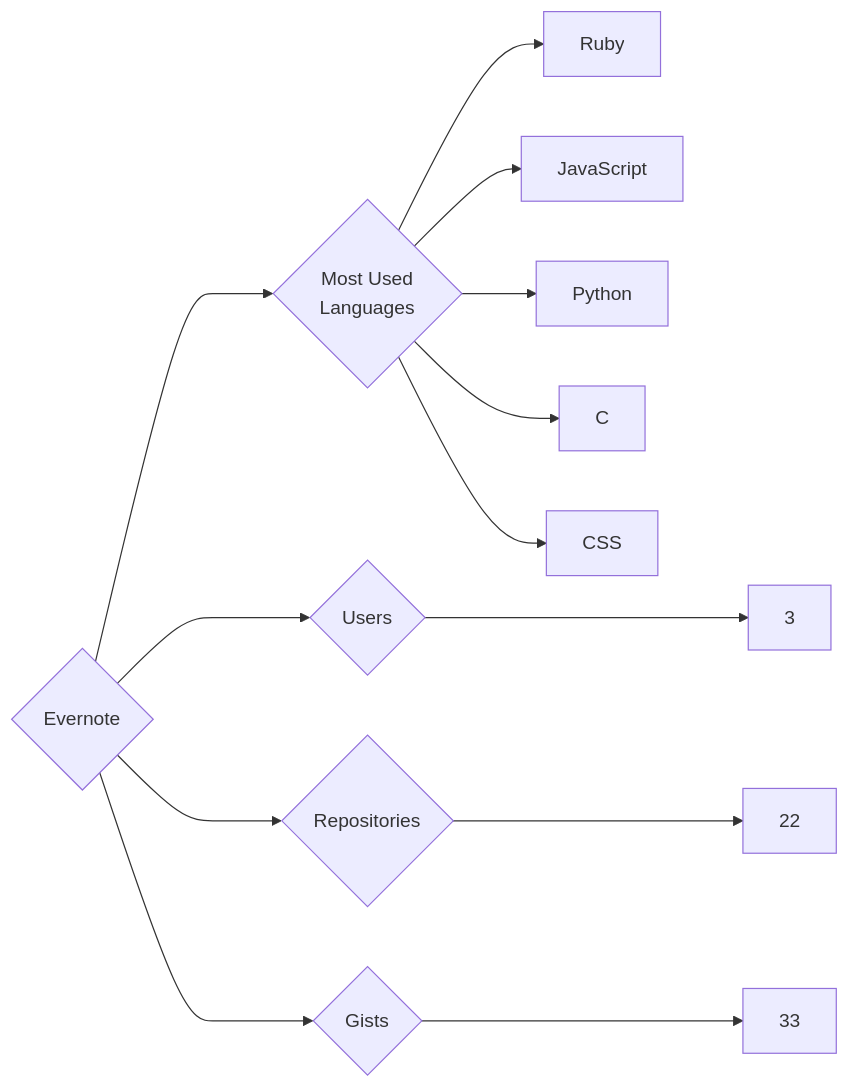
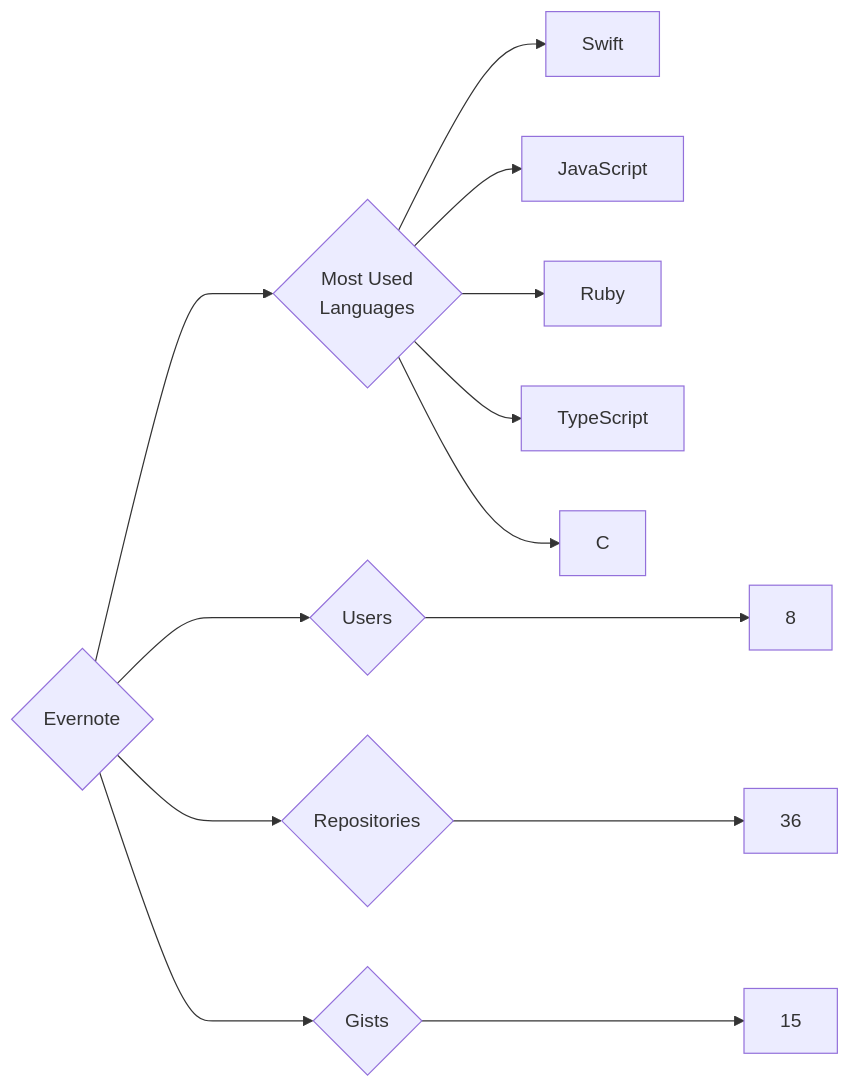
Before and after one commit to trickest/insiders: the diagram in targets/Evernote/README.md, drawn with Mermaid. The commit also changed 1148 other files, not shown here.

````diff
--- a/targets/Evernote/README.md
+++ b/targets/Evernote/README.md
@@ -3,13 +3,13 @@
 ```mermaid
 graph LR
 COMPANY_NAME{Evernote}
-COMPANY_NAME ---> U{Users} ---> UN[3]
-COMPANY_NAME ---> R{Repositories} ---> RN[22]
-COMPANY_NAME ---> G{Gists} ---> GN[33]
+COMPANY_NAME ---> U{Users} ---> UN[8]
+COMPANY_NAME ---> R{Repositories} ---> RN[36]
+COMPANY_NAME ---> G{Gists} ---> GN[15]
 COMPANY_NAME ---> ML{Most Used<br>Languages}
+ML --> Swift[Swift]
+ML --> JavaScript[JavaScript]
 ML --> Ruby[Ruby]
-ML --> JavaScript[JavaScript]
-ML --> Python[Python]
+ML --> TypeScript[TypeScript]
 ML --> C[C]
-ML --> CSS[CSS]
 ```
````
